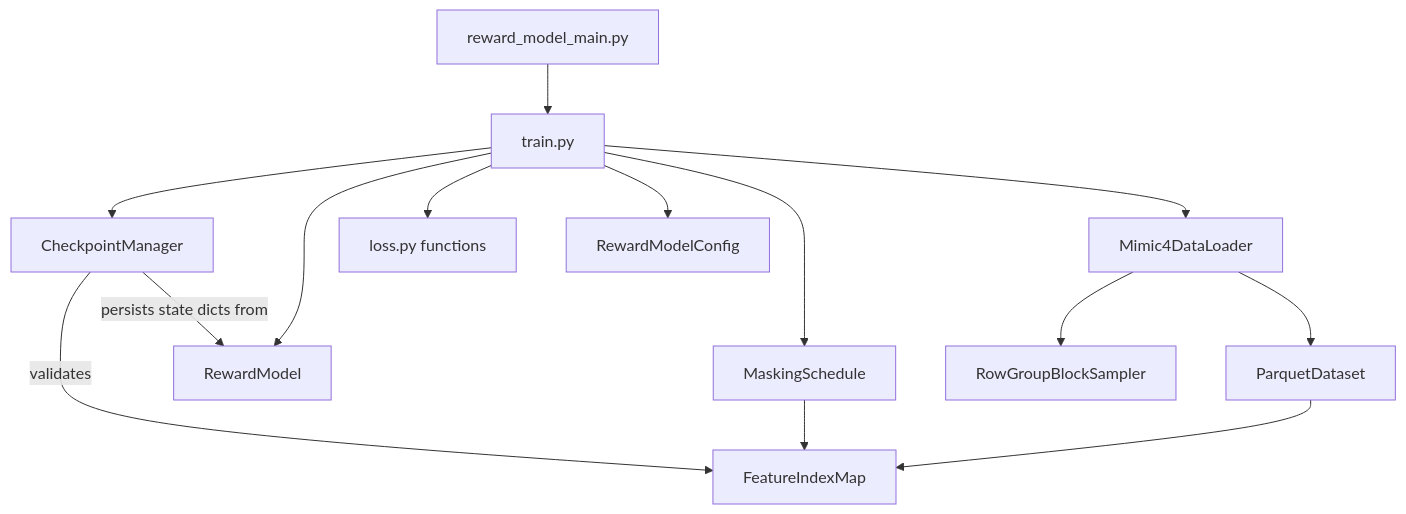
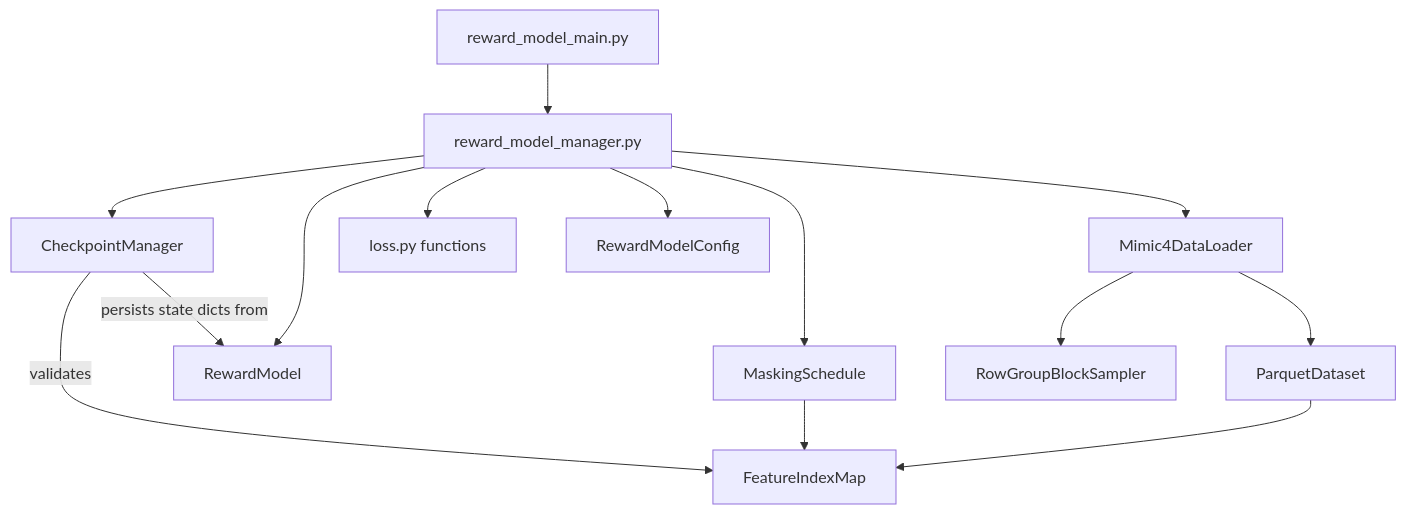
Before and after one commit to shaham-lab/HRS: the diagram in src/reward_model/Reward_Model_ARCHITECTURE.md, drawn with Mermaid. The commit also changed other lines of this file and 6 other files, not shown here.

First line of the commit message:
Rename train module to reward_model_manager

````diff
--- a/src/reward_model/Reward_Model_ARCHITECTURE.md
+++ b/src/reward_model/Reward_Model_ARCHITECTURE.md
@@ -161,16 +161,16 @@
 ```mermaid
 graph TD
-  TrainMain[reward_model_main.py] --> RewardModelManager[train.py]
+  TrainMain[reward_model_main.py] --> RewardModelManager[reward_model_manager.py]
   RewardModelManager --> CheckpointManager
   RewardModelManager --> MaskingSchedule
   RewardModelManager --> RewardModel
   RewardModelManager --> Mimic4DataLoader
   RewardModelManager --> LossFns[loss.py functions]
   RewardModelManager --> RewardModelConfig
   Mimic4DataLoader --> ParquetDataset
   Mimic4DataLoader --> RowGroupBlockSampler
   ParquetDataset --> FeatureIndexMap
   MaskingSchedule --> FeatureIndexMap
   CheckpointManager -->|validates| FeatureIndexMap
   CheckpointManager -->|persists state dicts from| RewardModel
 ```
````
